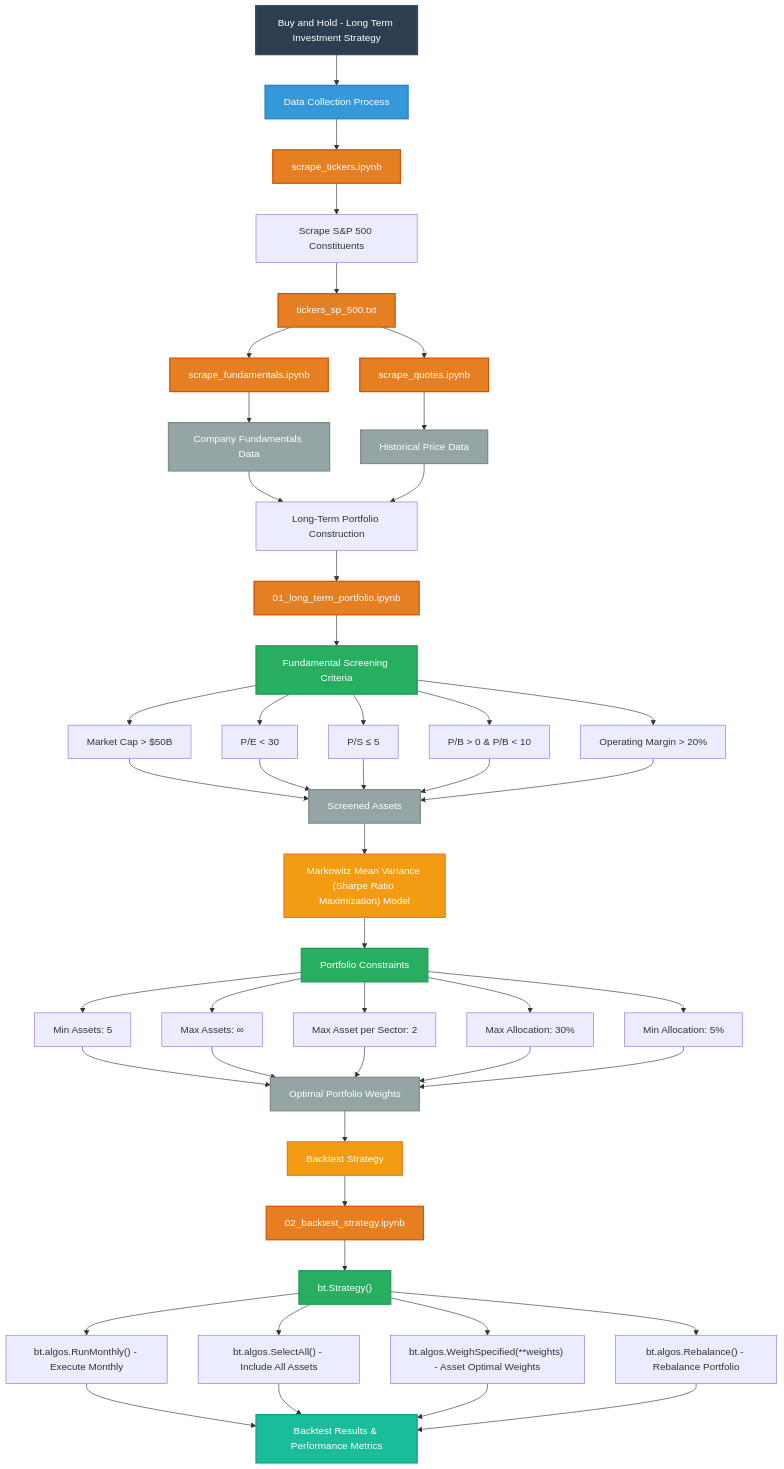
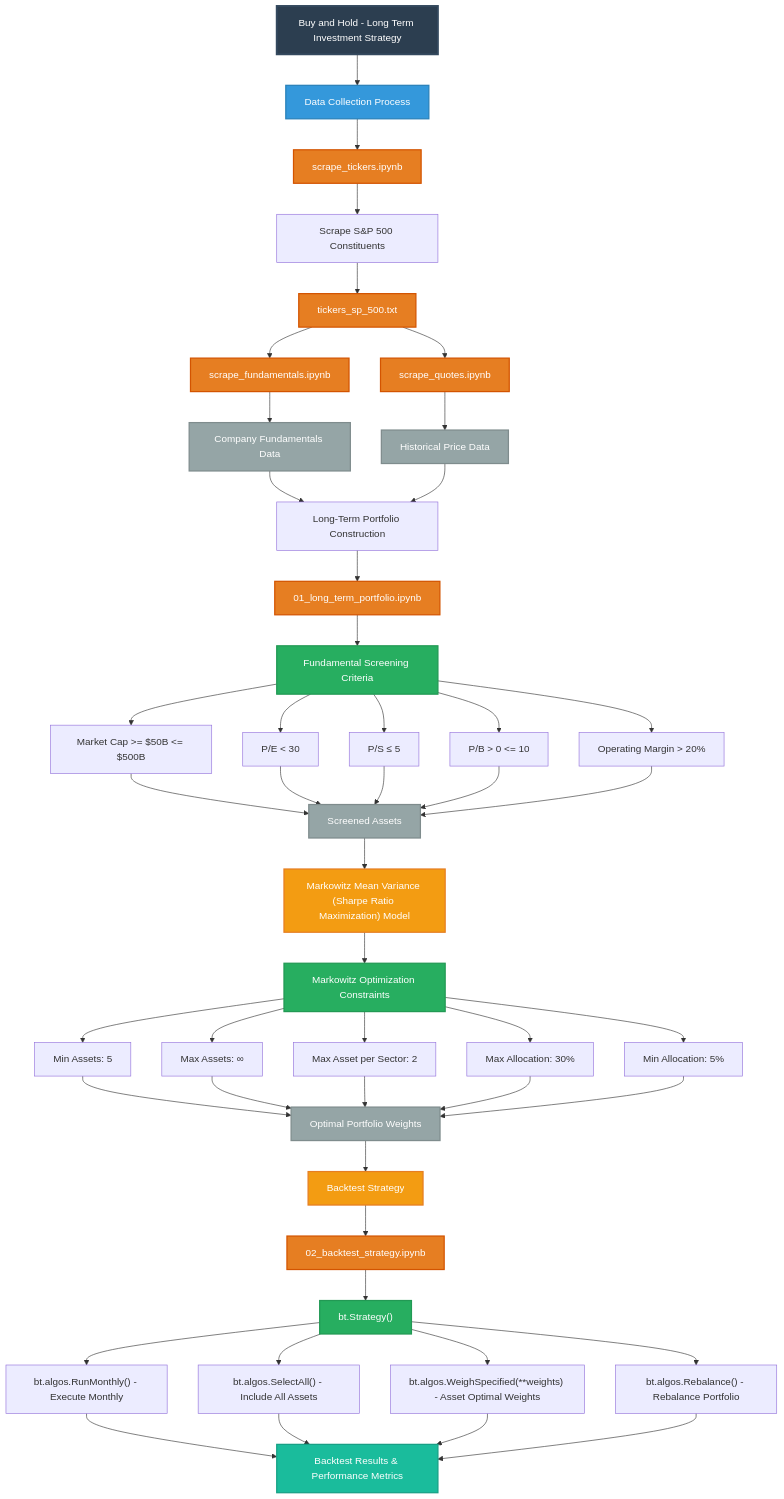
One commit to renan-peres/mfin-algo-trading-team changed the diagram in README.md. Above: the diagram before and after it, drawn with Mermaid. The commit also changed 7 other files, not shown here.

```diff
--- a/README.md
+++ b/README.md
@@ -26,10 +26,10 @@
     
     %% Screening Criteria
     G --> C2[Fundamental Screening Criteria]
-    C2 --> C3[Market Cap > $50B]
+    C2 --> C3[Market Cap >= $50B <= $500B]
     C2 --> C4[P/E < 30]
     C2 --> C5[P/S ≤ 5]
-    C2 --> C6[P/B > 0 & P/B < 10]
+    C2 --> C6[P/B > 0 <= 10]
     C2 --> C7[Operating Margin > 20%]
     
     %% Screened Results
@@ -43,7 +43,7 @@
     C8 --> G1["Markowitz Mean Variance (Sharpe Ratio Maximization) Model"]
     
     %% Optimization Constraints
-    G1 --> CONSTRAINTS[Portfolio Constraints]
+    G1 --> CONSTRAINTS[Markowitz Optimization Constraints]
     CONSTRAINTS --> G2[Min Assets: 5]
     CONSTRAINTS --> G3[Max Assets: ∞]
     CONSTRAINTS --> G4[Max Asset per Sector: 2]
```
